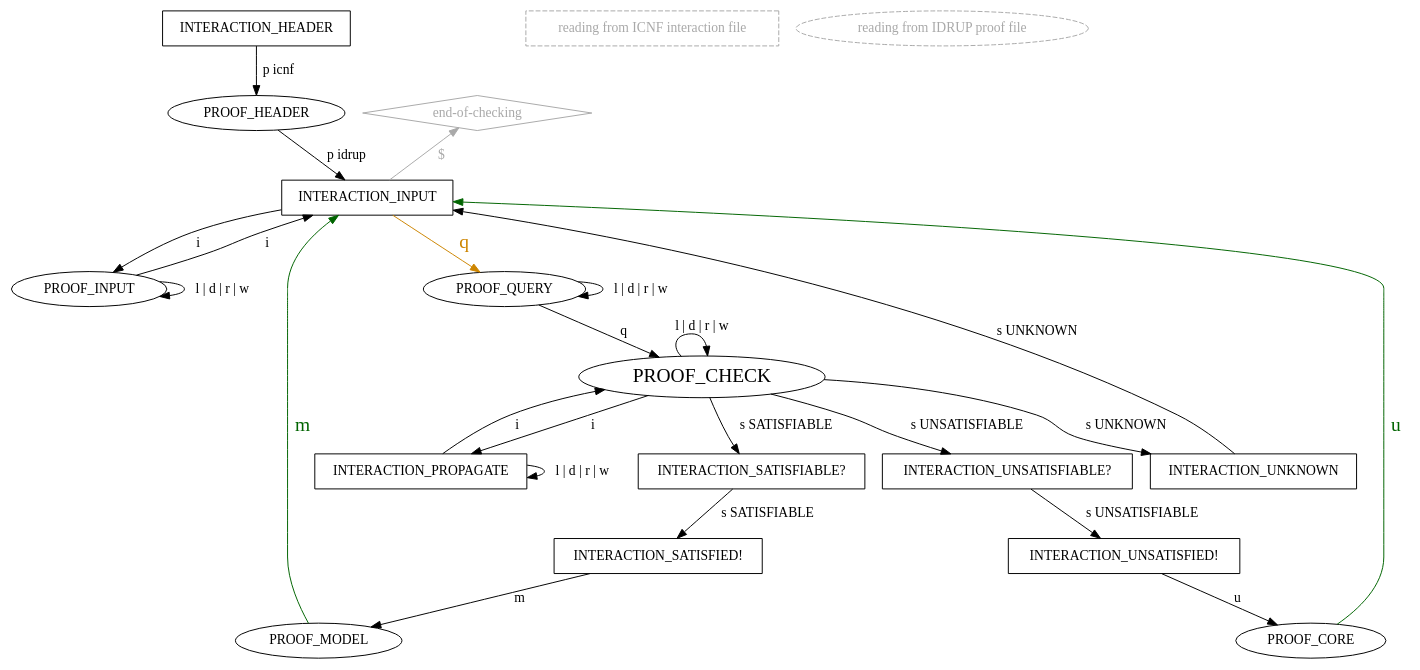
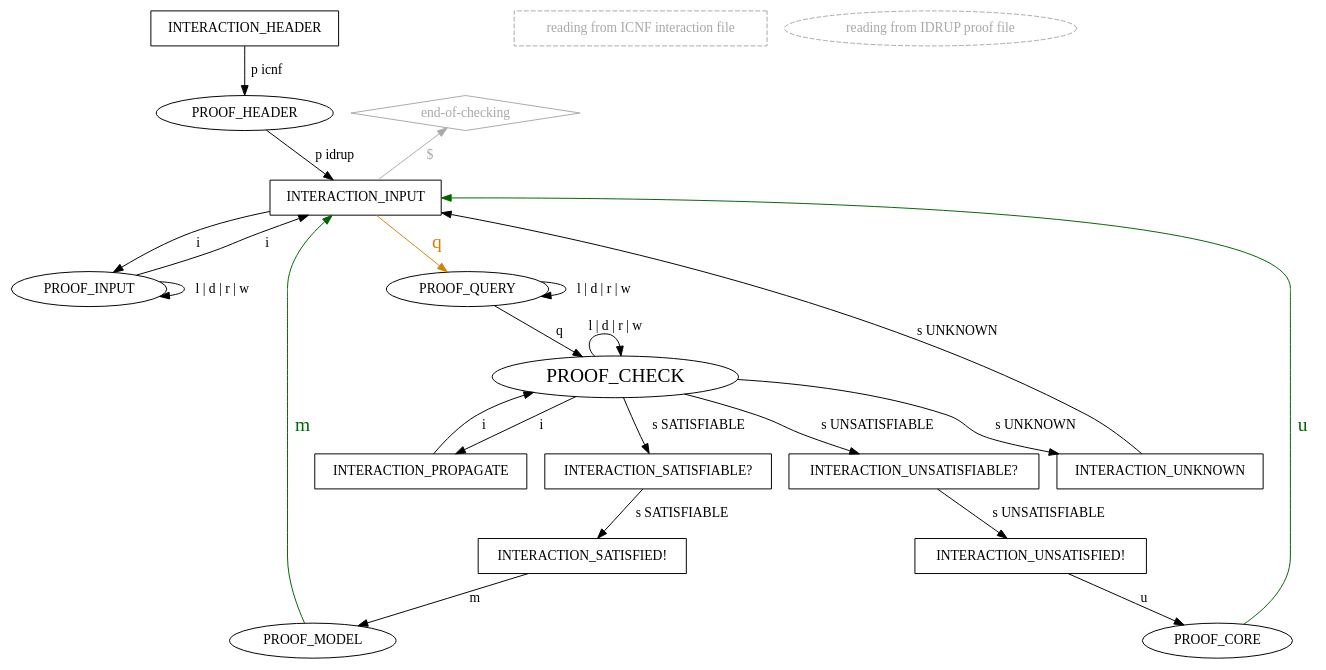
The diagram in lidrup-check-really-pedantic.dot (arminbiere/lidrup-check), drawn with Graphviz before and after one commit. The commit also changed 14 other files, not shown here.

```diff
--- a/lidrup-check-really-pedantic.dot
+++ b/lidrup-check-really-pedantic.dot
@@ -1,55 +1,54 @@
 digraph "idrup-check" {
 
   INTERACTION_HEADER [shape=box];
   INTERACTION_HEADER -> PROOF_HEADER [label=" p icnf"];
 
   empty_legend1 [label="                     ",style=invis]
   icnf_legend
   [shape=box,color=darkgray,fontcolor=darkgray,style=dashed,label="reading from ICNF interaction file"]
   idrup_legend
   [style=dashed,color=darkgray,fontcolor=darkgray,label="reading from IDRUP proof file"]
 
   "end-of-checking" [shape=diamond,color=darkgray,fontcolor=darkgray];
    "end-of-checking" -> INTERACTION_INPUT [label="  $    ",dir=back,fontcolor=darkgray,color=darkgray];
 
   PROOF_HEADER -> INTERACTION_INPUT [label=" p idrup"]
 
   INTERACTION_INPUT [shape=box];
   INTERACTION_INPUT -> PROOF_INPUT [label=" i "];
   INTERACTION_INPUT -> PROOF_QUERY [label=" q ",color=orange3,fontsize=20,fontcolor=orange3];
 
   PROOF_INPUT -> INTERACTION_INPUT [label=" i "];
   PROOF_INPUT -> PROOF_INPUT [label=" l | d | r | w"];
 
   PROOF_QUERY -> PROOF_CHECK [label=" q "];
   PROOF_QUERY -> PROOF_QUERY [label=" l | d | r | w"];
 
   PROOF_CHECK [fontsize=20];
   PROOF_CHECK:_ -> PROOF_CHECK:nw [label=" l | d | r | w ",dir=back];
+  PROOF_CHECK -> INTERACTION_PROPAGATE [label=" i "];
   PROOF_CHECK -> INTERACTION_SATISFIABLE [label=" s SATISFIABLE "];
   PROOF_CHECK -> INTERACTION_UNSATISFIABLE [label=" s UNSATISFIABLE "];
   PROOF_CHECK -> INTERACTION_UNKNOWN [label=" s UNKNOWN "];
-  PROOF_CHECK -> INTERACTION_PROPAGATE [label=" i "];
+
+  INTERACTION_PROPAGATE [shape=box];
+  INTERACTION_PROPAGATE -> PROOF_CHECK [label=" i "];
 
   INTERACTION_UNSATISFIABLE [shape="box",label="INTERACTION_UNSATISFIABLE?"];
   INTERACTION_UNSATISFIABLE -> INTERACTION_UNSATISFIED [label=" s UNSATISFIABLE "];
 
   INTERACTION_SATISFIABLE [shape="box",label="INTERACTION_SATISFIABLE?"];
   INTERACTION_SATISFIABLE -> INTERACTION_SATISFIED [label=" s SATISFIABLE "];
 
   INTERACTION_SATISFIED [shape=box,label="INTERACTION_SATISFIED!"];
   INTERACTION_SATISFIED -> PROOF_MODEL [label=" m "];
 
   INTERACTION_UNSATISFIED [shape=box,label="INTERACTION_UNSATISFIED!"];
   INTERACTION_UNSATISFIED -> PROOF_CORE [label=" u "];
 
   INTERACTION_UNKNOWN [shape=box];
   INTERACTION_UNKNOWN -> INTERACTION_INPUT [label="s UNKNOWN"];
 
-  INTERACTION_PROPAGATE [shape=box];
-  INTERACTION_PROPAGATE -> PROOF_CHECK [label=" i "];
-  INTERACTION_PROPAGATE -> INTERACTION_PROPAGATE [label=" l | d | r | w"];
-
   PROOF_MODEL -> INTERACTION_INPUT [label=" m ",color=darkgreen,fontsize=20,fontcolor=darkgreen];
   PROOF_CORE -> INTERACTION_INPUT [label=" u ",color=darkgreen,fontsize=20,fontcolor=darkgreen];
 }
```
